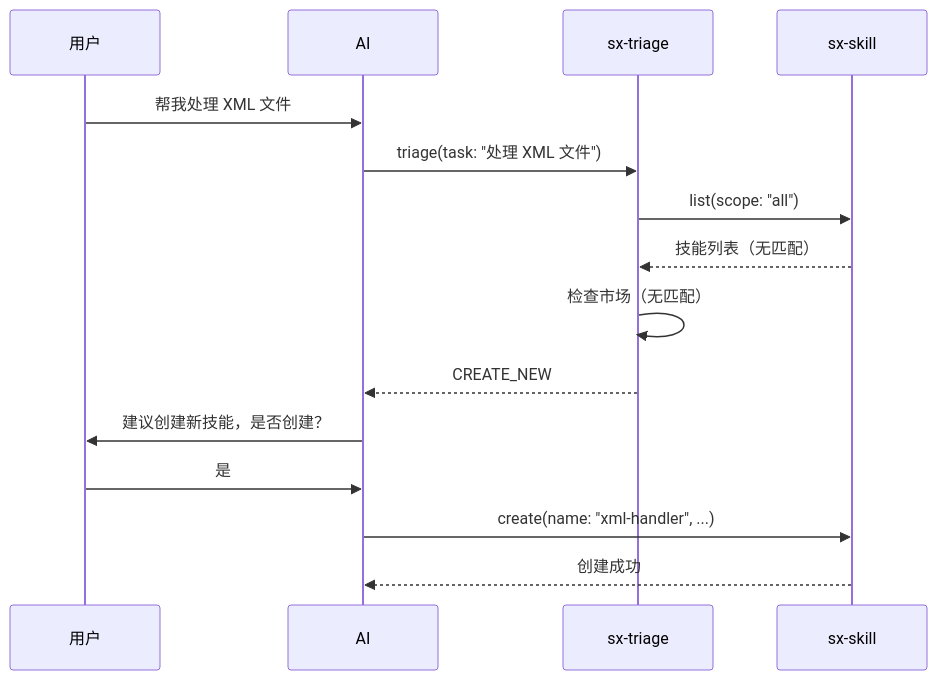
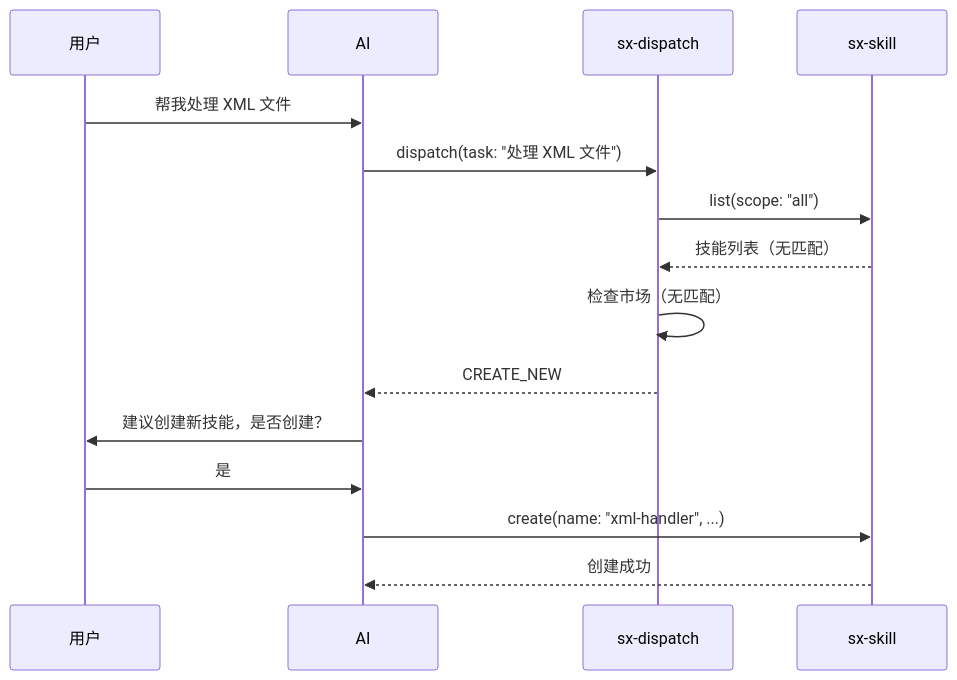
One commit to shetengteng/skillix-mcp changed the tenth of 22 diagrams in design/02-设计/20260114-09-sx-triage设计.md. Above: the diagram before and after it, drawn with Mermaid. The commit also changed other lines of this file and 32 other files, not shown here.

````diff
--- a/design/02-设计/20260114-09-sx-triage设计.md
+++ b/design/02-设计/20260114-09-sx-triage设计.md
@@ -267,18 +267,18 @@
 ```mermaid
 sequenceDiagram
     participant U as 用户
     participant AI as AI
-    participant T as sx-triage
+    participant T as sx-dispatch
     participant S as sx-skill
     
     U->>AI: 帮我处理 XML 文件
-    AI->>T: triage(task: "处理 XML 文件")
+    AI->>T: dispatch(task: "处理 XML 文件")
     T->>S: list(scope: "all")
     S-->>T: 技能列表（无匹配）
     T->>T: 检查市场（无匹配）
     T-->>AI: CREATE_NEW
     AI->>U: 建议创建新技能，是否创建？
     U->>AI: 是
     AI->>S: create(name: "xml-handler", ...)
     S-->>AI: 创建成功
 ```
````
